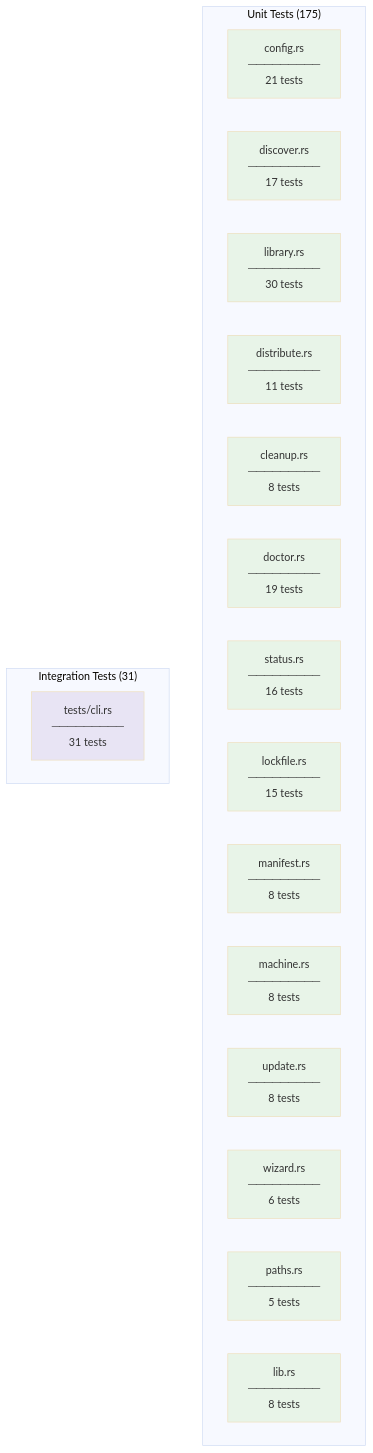
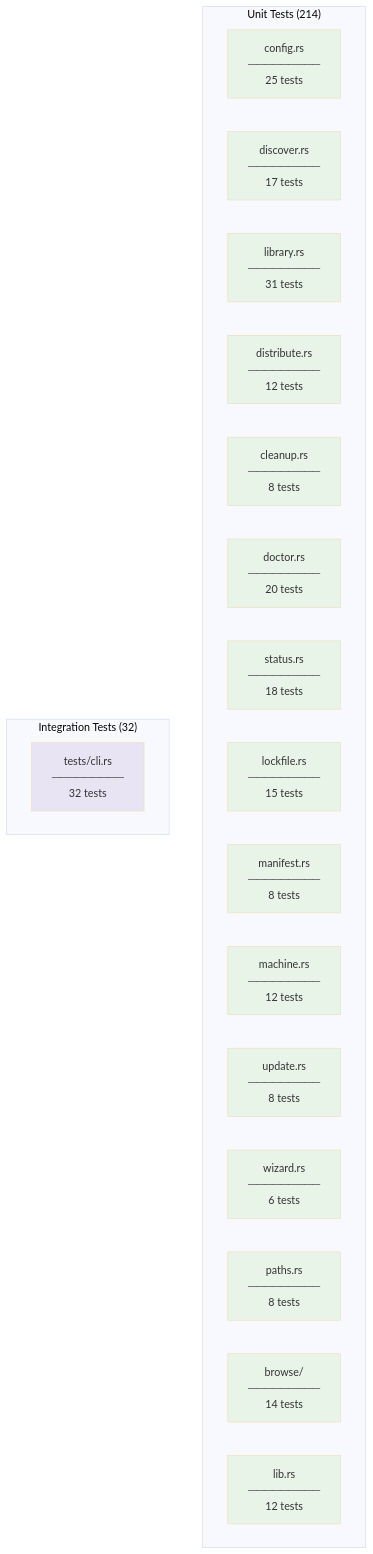
One commit to MartinP7r/tome changed the third of 5 diagrams in docs/src/test-setup.md. Above: the diagram before and after it, drawn with Mermaid (base theme). The commit also changed other lines of this file and 3 other files, not shown here.

````diff
--- a/docs/src/test-setup.md
+++ b/docs/src/test-setup.md
@@ -54,39 +56,41 @@
 ```mermaid
 graph TB
-    subgraph unit_tests["Unit Tests (175)"]
-        CONFIG["config.rs<br/>─────────<br/>21 tests"]
+    subgraph unit_tests["Unit Tests (214)"]
+        CONFIG["config.rs<br/>─────────<br/>25 tests"]
         DISCOVER["discover.rs<br/>─────────<br/>17 tests"]
-        LIBRARY["library.rs<br/>─────────<br/>30 tests"]
-        DISTRIBUTE["distribute.rs<br/>─────────<br/>11 tests"]
+        LIBRARY["library.rs<br/>─────────<br/>31 tests"]
+        DISTRIBUTE["distribute.rs<br/>─────────<br/>12 tests"]
         CLEANUP["cleanup.rs<br/>─────────<br/>8 tests"]
-        DOCTOR["doctor.rs<br/>─────────<br/>19 tests"]
-        STATUS["status.rs<br/>─────────<br/>16 tests"]
+        DOCTOR["doctor.rs<br/>─────────<br/>20 tests"]
+        STATUS["status.rs<br/>─────────<br/>18 tests"]
         LOCKFILE["lockfile.rs<br/>─────────<br/>15 tests"]
         MANIFEST["manifest.rs<br/>─────────<br/>8 tests"]
-        MACHINE["machine.rs<br/>─────────<br/>8 tests"]
+        MACHINE["machine.rs<br/>─────────<br/>12 tests"]
         UPDATE["update.rs<br/>─────────<br/>8 tests"]
         WIZARD["wizard.rs<br/>─────────<br/>6 tests"]
-        PATHS["paths.rs<br/>─────────<br/>5 tests"]
-        LIB["lib.rs<br/>─────────<br/>8 tests"]
+        PATHS["paths.rs<br/>─────────<br/>8 tests"]
+        BROWSE["browse/<br/>─────────<br/>14 tests"]
+        LIB["lib.rs<br/>─────────<br/>12 tests"]
     end
 
-    subgraph integration_tests["Integration Tests (31)"]
-        CLI["tests/cli.rs<br/>─────────<br/>31 tests"]
+    subgraph integration_tests["Integration Tests (32)"]
+        CLI["tests/cli.rs<br/>─────────<br/>32 tests"]
     end
 
     style CONFIG fill:#e8f4e8
     style DISCOVER fill:#e8f4e8
     style LIBRARY fill:#e8f4e8
     style DISTRIBUTE fill:#e8f4e8
     style CLEANUP fill:#e8f4e8
     style DOCTOR fill:#e8f4e8
     style STATUS fill:#e8f4e8
     style LOCKFILE fill:#e8f4e8
     style MANIFEST fill:#e8f4e8
     style MACHINE fill:#e8f4e8
     style UPDATE fill:#e8f4e8
     style WIZARD fill:#e8f4e8
     style PATHS fill:#e8f4e8
+    style BROWSE fill:#e8f4e8
     style LIB fill:#e8f4e8
     style CLI fill:#e8e4f4
 ```
````
